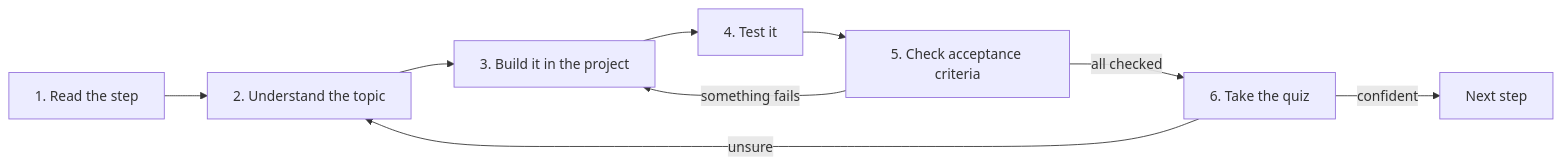
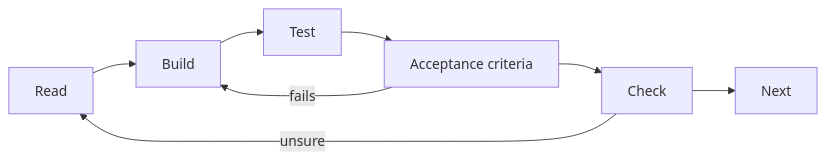
The diagram in tracks/spring-boot/GUIDE.md (kevin-voss/learning-project), drawn with Mermaid before and after one commit. The commit also changed other lines of this file and 66 other files, not shown here.

````diff
--- a/tracks/spring-boot/GUIDE.md
+++ b/tracks/spring-boot/GUIDE.md
@@ -11,11 +25,6 @@
 ```mermaid
 flowchart LR
-  R[1. Read the step] --> U[2. Understand the topic]
-  U --> B[3. Build it in the project]
-  B --> T[4. Test it]
-  T --> A[5. Check acceptance criteria]
-  A -->|all checked| Q[6. Take the quiz]
-  Q -->|confident| N[Next step]
-  Q -->|unsure| U
-  A -->|something fails| B
+  R[Read] --> B[Build] --> T[Test] --> A[Acceptance criteria] --> C[Check] --> N[Next]
+  A -->|fails| B
+  C -->|unsure| R
 ```
````
